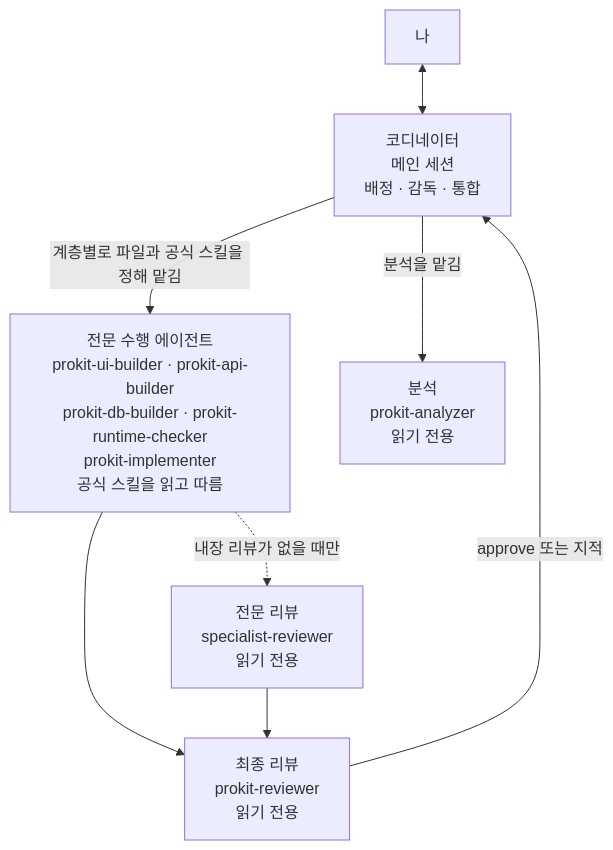
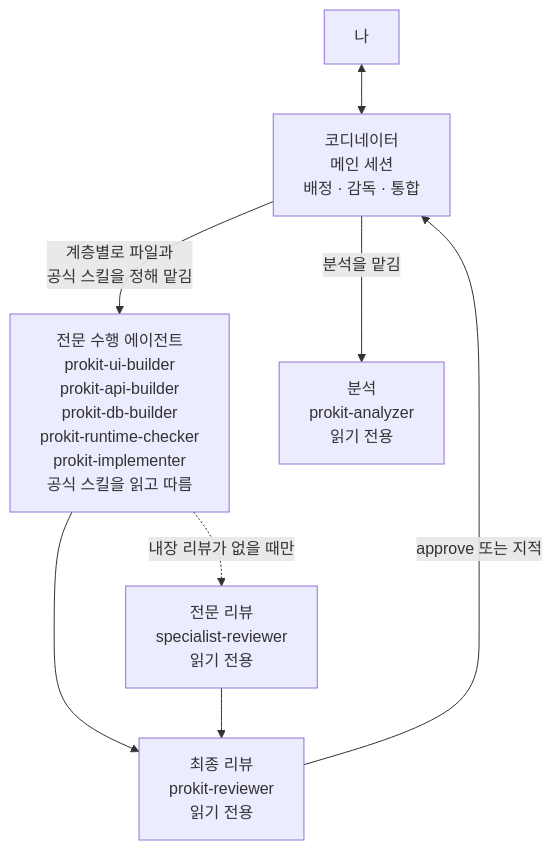
One commit to roadkwon-ai/pro-kit changed the diagram in handbook/concepts/agent-roles.md. Above: the diagram before and after it, drawn with Mermaid. The commit also changed other lines of this file and 9 other files, not shown here.

````diff
--- a/handbook/concepts/agent-roles.md
+++ b/handbook/concepts/agent-roles.md
@@ -12,15 +12,15 @@
 ```mermaid
 ---
 config:
   flowchart:
     wrappingWidth: 220
 ---
 flowchart TB
   ME["나"] <--> CO["코디네이터<br/>메인 세션<br/>배정 · 감독 · 통합"]
-  CO -->|"계층별로 파일과 공식 스킬을 정해 맡김"| IM["전문 수행 에이전트<br/>prokit-ui-builder · prokit-api-builder<br/>prokit-db-builder · prokit-runtime-checker<br/>prokit-implementer<br/>공식 스킬을 읽고 따름"]
+  CO -->|"계층별로 파일과<br/>공식 스킬을 정해 맡김"| IM["전문 수행 에이전트<br/>prokit-ui-builder<br/>prokit-api-builder<br/>prokit-db-builder<br/>prokit-runtime-checker<br/>prokit-implementer<br/>공식 스킬을 읽고 따름"]
   CO -->|"분석을 맡김"| AN["분석<br/>prokit-analyzer<br/>읽기 전용"]
   IM -.->|"내장 리뷰가 없을 때만"| SR["전문 리뷰<br/>specialist-reviewer<br/>읽기 전용"]
   IM --> FR["최종 리뷰<br/>prokit-reviewer<br/>읽기 전용"]
   SR --> FR
   FR -->|"approve 또는 지적"| CO
 ```
````
